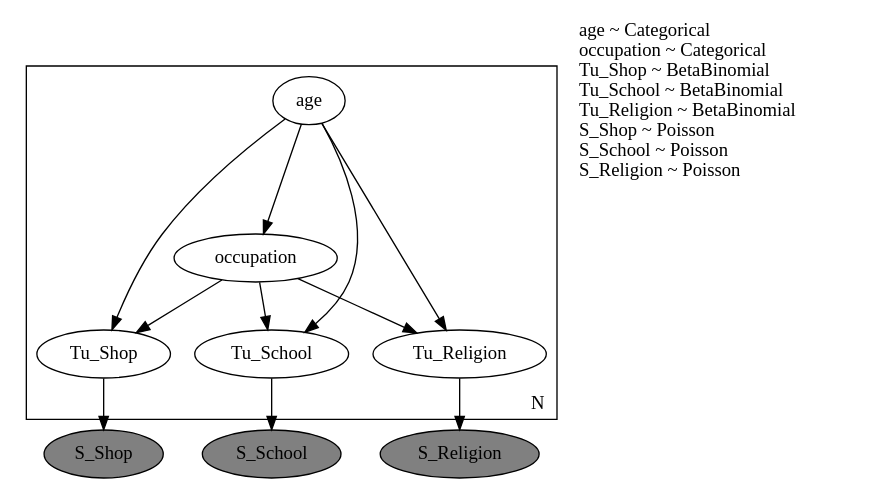
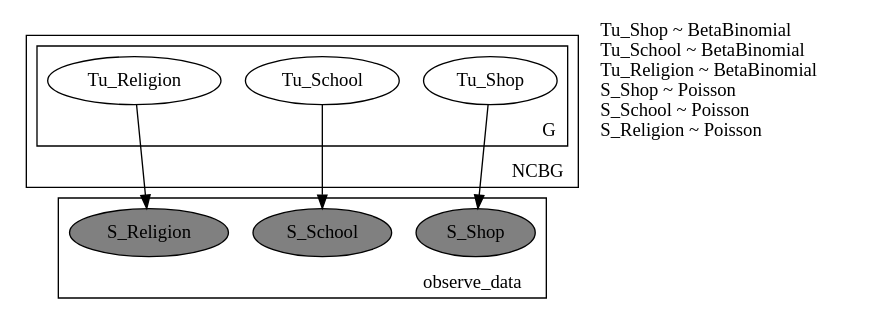
The diagram in Timed/Digraph.gv (AmiroooTheWalnut/MobilityInference), drawn with Graphviz before and after one commit. The commit also changed 119 other files, not shown here.

```diff
--- a/Timed/Digraph.gv
+++ b/Timed/Digraph.gv
@@ -1,24 +1,24 @@
 digraph {
-	S_Shop [label=S_Shop fillcolor=grey shape=ellipse style=filled]
-	S_School [label=S_School fillcolor=grey shape=ellipse style=filled]
-	S_Religion [label=S_Religion fillcolor=grey shape=ellipse style=filled]
-	subgraph cluster_N {
-		label=N labeljust=r labelloc=b
-		age [label=age fillcolor=white shape=ellipse style=filled]
-		occupation [label=occupation fillcolor=white shape=ellipse style=filled]
+	subgraph cluster_NCBG {
+		label=NCBG labeljust=r labelloc=b
 		Tu_Shop [label=Tu_Shop fillcolor=white shape=ellipse style=filled]
 		Tu_School [label=Tu_School fillcolor=white shape=ellipse style=filled]
 		Tu_Religion [label=Tu_Religion fillcolor=white shape=ellipse style=filled]
+		subgraph cluster_G {
+			label=G labeljust=r labelloc=b
+			Tu_Shop [label=Tu_Shop fillcolor=white shape=ellipse style=filled]
+			Tu_School [label=Tu_School fillcolor=white shape=ellipse style=filled]
+			Tu_Religion [label=Tu_Religion fillcolor=white shape=ellipse style=filled]
+		}
 	}
-	age -> occupation
-	occupation -> Tu_Shop
-	age -> Tu_Shop
-	occupation -> Tu_School
-	age -> Tu_School
-	occupation -> Tu_Religion
-	age -> Tu_Religion
+	subgraph cluster_observe_data {
+		label=observe_data labeljust=r labelloc=b
+		S_Shop [label=S_Shop fillcolor=gray shape=ellipse style=filled]
+		S_School [label=S_School fillcolor=gray shape=ellipse style=filled]
+		S_Religion [label=S_Religion fillcolor=gray shape=ellipse style=filled]
+	}
 	Tu_Shop -> S_Shop
 	Tu_School -> S_School
 	Tu_Religion -> S_Religion
-	distribution_description_node [label="age ~ Categorical\loccupation ~ Categorical\lTu_Shop ~ BetaBinomial\lTu_School ~ BetaBinomial\lTu_Religion ~ BetaBinomial\lS_Shop ~ Poisson\lS_School ~ Poisson\lS_Religion ~ Poisson\l" shape=plaintext]
+	distribution_description_node [label="Tu_Shop ~ BetaBinomial\lTu_School ~ BetaBinomial\lTu_Religion ~ BetaBinomial\lS_Shop ~ Poisson\lS_School ~ Poisson\lS_Religion ~ Poisson\l" shape=plaintext]
 }
```
